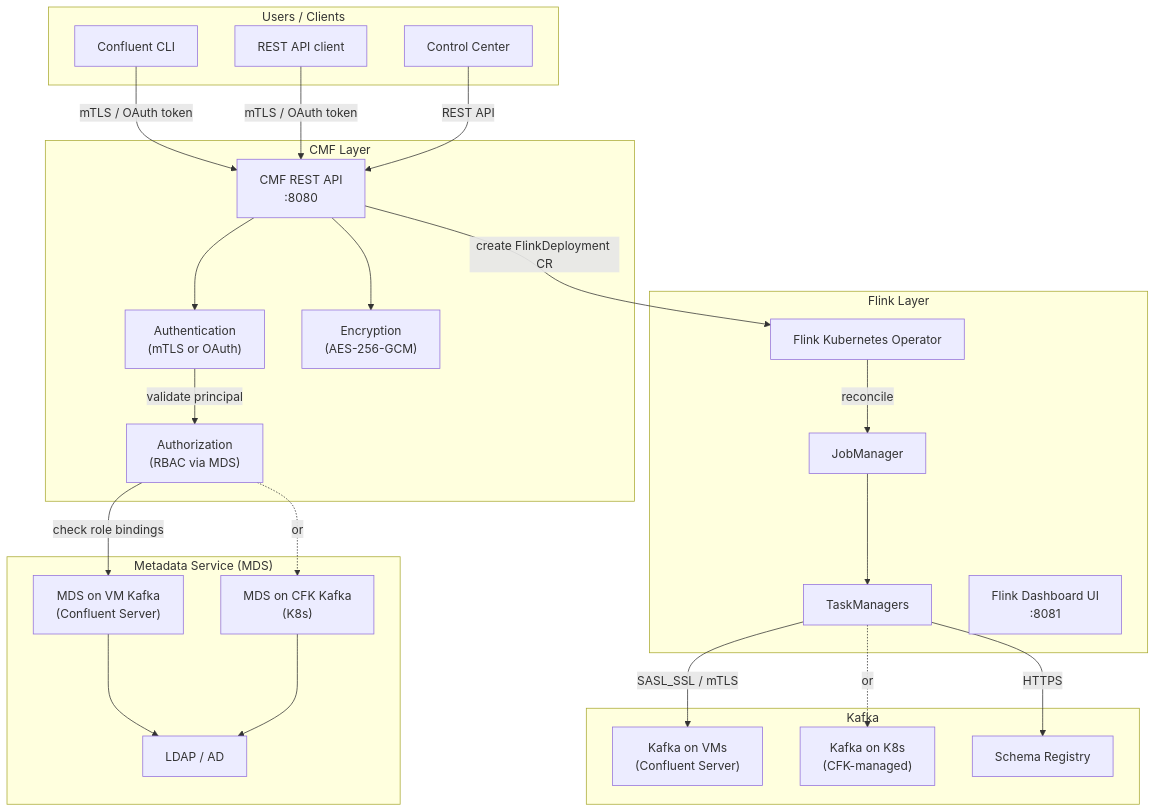
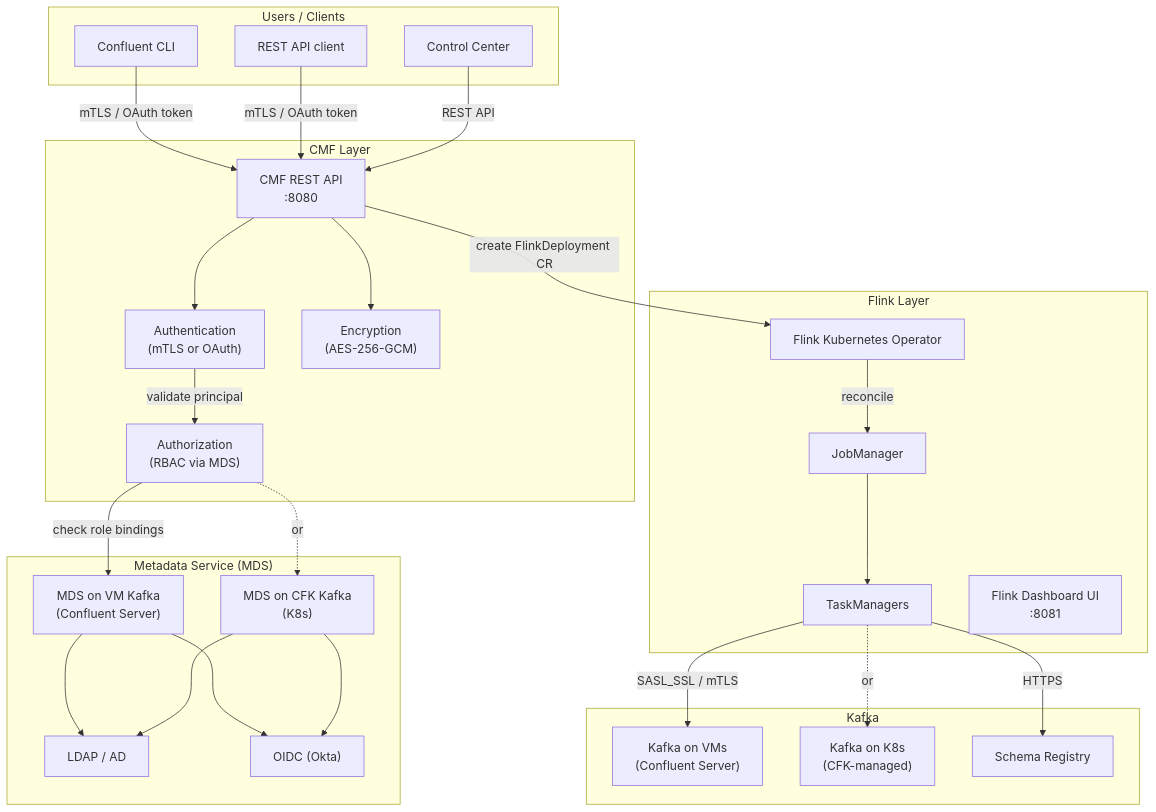
One commit to aadmassu/flink-on-k8s-with-cp changed the first of 6 diagrams in docs/SECURITY.md. Above: the diagram before and after it, drawn with Mermaid.

Commit message:
Add OIDC (Okta) to MDS identity providers in security diagram

````diff
--- a/docs/SECURITY.md
+++ b/docs/SECURITY.md
@@ -16,53 +16,56 @@
 ```mermaid
 flowchart TD
     subgraph users["Users / Clients"]
         cli["Confluent CLI"]
         rest["REST API client"]
         c3["Control Center"]
     end
 
     subgraph cmf_layer["CMF Layer"]
         cmf["CMF REST API<br>:8080"]
         cmf_auth["Authentication<br>(mTLS or OAuth)"]
         cmf_rbac["Authorization<br>(RBAC via MDS)"]
         cmf_enc["Encryption<br>(AES-256-GCM)"]
     end
 
     subgraph mds_layer["Metadata Service (MDS)"]
         mds_vm["MDS on VM Kafka<br>(Confluent Server)"]
         mds_k8s["MDS on CFK Kafka<br>(K8s)"]
         ldap["LDAP / AD"]
+        oidc["OIDC (Okta)"]
     end
 
     subgraph flink_layer["Flink Layer"]
         fko["Flink Kubernetes Operator"]
         jm["JobManager"]
         tm["TaskManagers"]
         flink_ui["Flink Dashboard UI<br>:8081"]
     end
 
     subgraph kafka_layer["Kafka"]
         kafka_vm["Kafka on VMs<br>(Confluent Server)"]
         kafka_k8s["Kafka on K8s<br>(CFK-managed)"]
         sr["Schema Registry"]
     end
 
     cli -->|"mTLS / OAuth token"| cmf
     rest -->|"mTLS / OAuth token"| cmf
     c3 -->|"REST API"| cmf
 
     cmf --> cmf_auth -->|"validate principal"| cmf_rbac
     cmf_rbac -->|"check role bindings"| mds_vm
     cmf_rbac -.->|"or"| mds_k8s
     mds_vm --> ldap
+    mds_vm --> oidc
     mds_k8s --> ldap
+    mds_k8s --> oidc
     cmf --> cmf_enc
 
     cmf -->|"create FlinkDeployment CR"| fko
     fko -->|"reconcile"| jm
     jm --> tm
 
     tm -->|"SASL_SSL / mTLS"| kafka_vm
     tm -.->|"or"| kafka_k8s
     tm -->|"HTTPS"| sr
 ```
````
